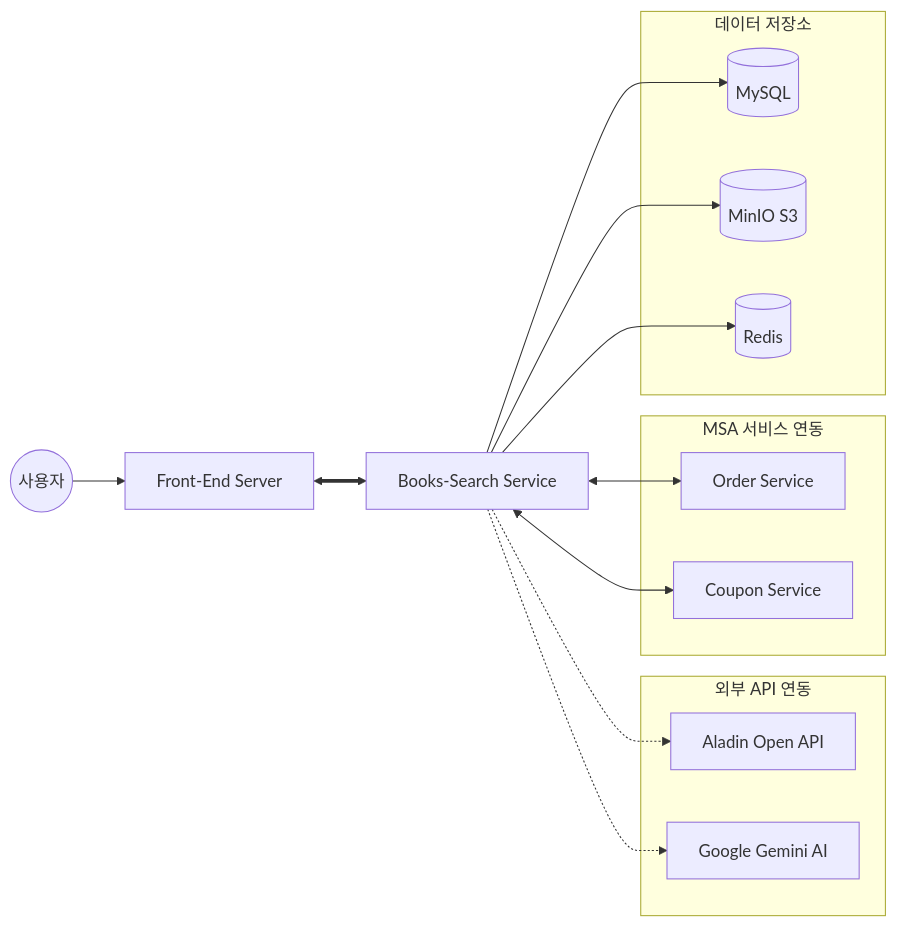
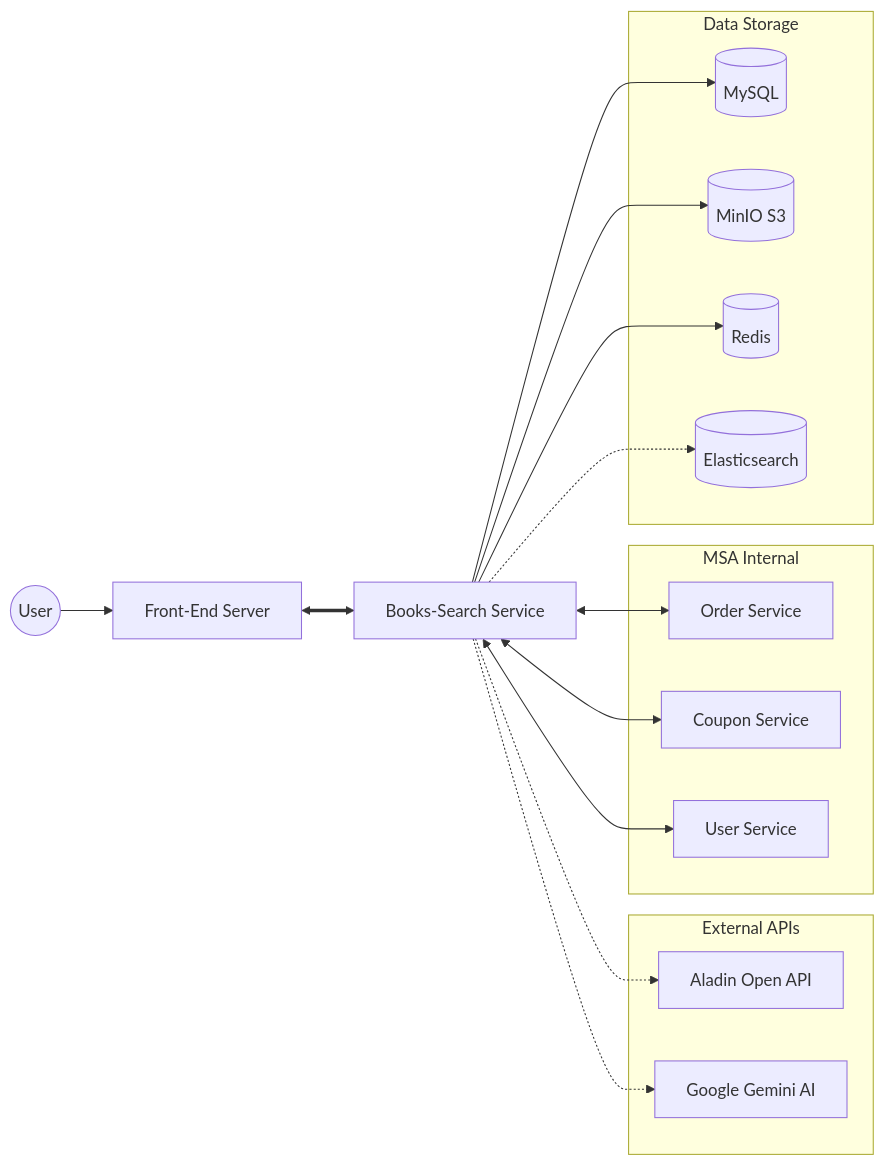
Before and after one commit to nhnacademy-be12-daiso/Books-Search: the first of 2 diagrams in README.md, drawn with Mermaid. The commit also changed other lines of this file and 8 other files, not shown here.

````diff
--- a/README.md
+++ b/README.md
@@ -26,30 +45,33 @@
 ```mermaid
 graph LR
-    User((사용자)) --> Front[Front-End Server]
+    User((User)) --> Front[Front-End Server]
     Front <==> BookAPI[Books-Search Service]
 
-    subgraph External ["외부 API 연동"]
+    subgraph External ["External APIs"]
         Aladin[Aladin Open API]
         Gemini[Google Gemini AI]
     end
 
-    subgraph Internal ["MSA 서비스 연동"]
+    subgraph Internal ["MSA Internal"]
         Order[Order Service]
         Coupon[Coupon Service]
+        UserSvc[User Service]
     end
 
-    subgraph Storage ["데이터 저장소"]
+    subgraph Storage ["Data Storage"]
         DB[(MySQL)]
         MinIO[(MinIO S3)]
         Redis[(Redis)]
+        ES[(Elasticsearch)]
     end
 
-%% 상세 흐름
     BookAPI -.-> Aladin
     BookAPI -.-> Gemini
     BookAPI --> DB
     BookAPI --> MinIO
     BookAPI --> Redis
+    BookAPI -.-> ES
     BookAPI <--> Order
     BookAPI <--> Coupon
+    BookAPI <--> UserSvc
 ```
````
